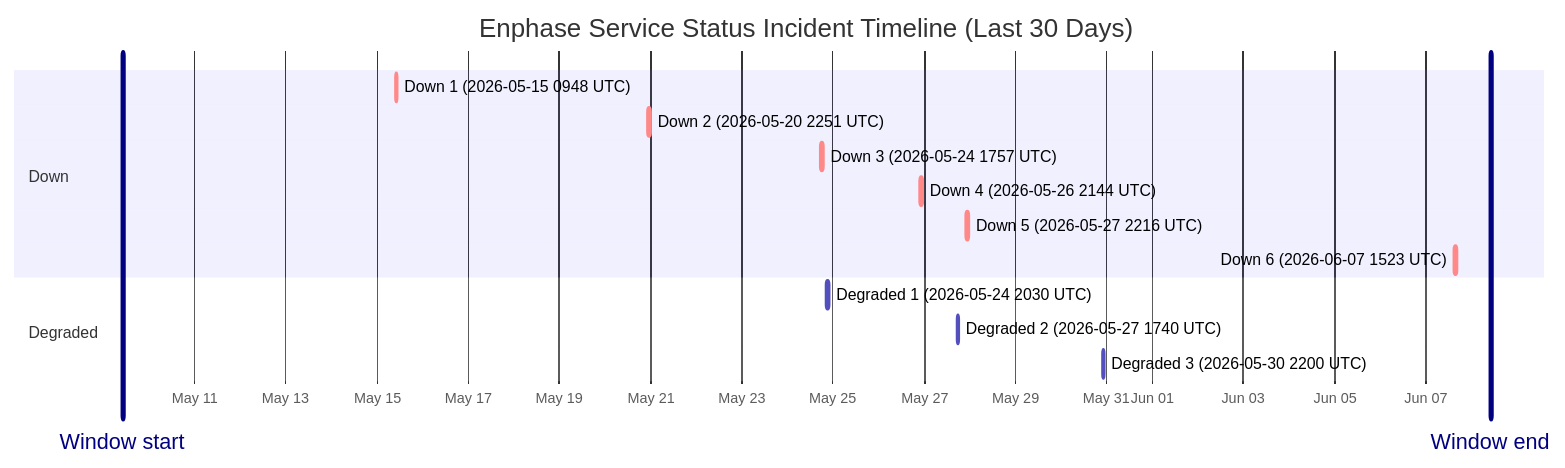
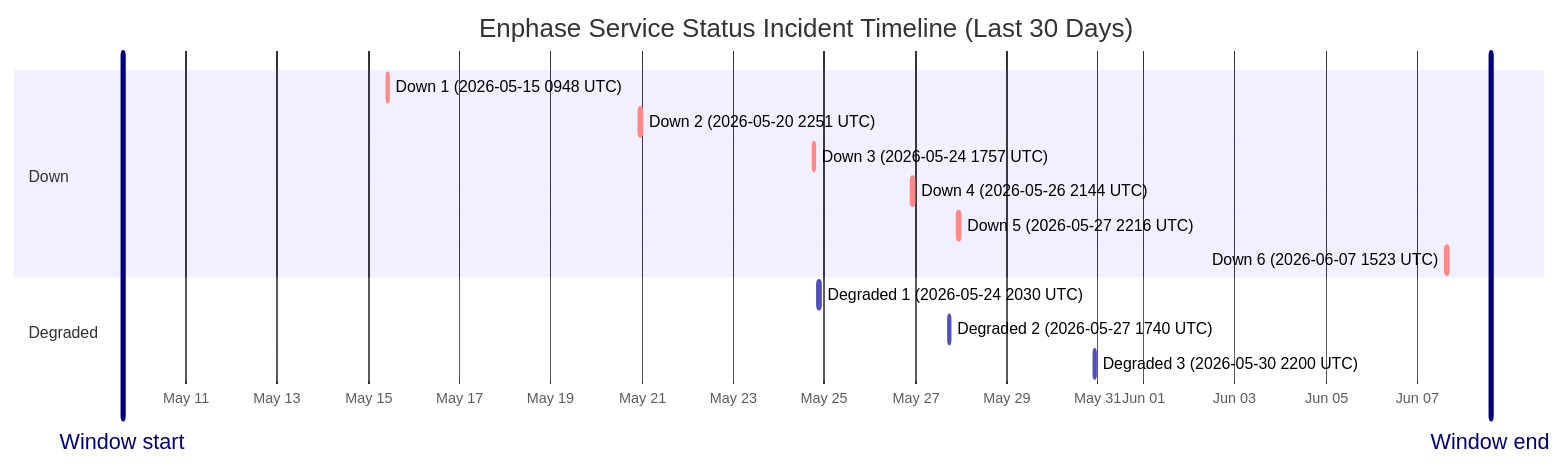
The diagram in wiki/Service-Status-History.md (barneyonline/ha-enphase-energy), drawn with Mermaid before and after one commit. The commit also changed other lines of this file and 3 other files, not shown here.

````diff
--- a/wiki/Service-Status-History.md
+++ b/wiki/Service-Status-History.md
@@ -14,19 +14,19 @@
 ```mermaid
 gantt
     title Enphase Service Status Incident Timeline (Last 30 Days)
     dateFormat  YYYY-MM-DDTHH:mm:ss
     axisFormat  %b %d
-    Window start :vert, window-start, 2026-05-09T10:02:03, 0ms
-    Window end :vert, window-end, 2026-06-08T10:02:03, 0ms
+    Window start :vert, window-start, 2026-05-09T14:33:03, 0ms
+    Window end :vert, window-end, 2026-06-08T14:33:03, 0ms
     section Down
     Down 1 (2026-05-15 0948 UTC) :crit, down-1, 2026-05-15T09:48:18, 60m
     Down 2 (2026-05-20 2251 UTC) :crit, down-2, 2026-05-20T22:51:14, 75m
     Down 3 (2026-05-24 1757 UTC) :crit, down-3, 2026-05-24T17:57:41, 86m
     Down 4 (2026-05-26 2144 UTC) :crit, down-4, 2026-05-26T21:44:11, 85m
     Down 5 (2026-05-27 2216 UTC) :crit, down-5, 2026-05-27T22:16:53, 87m
     Down 6 (2026-06-07 1523 UTC) :crit, down-6, 2026-06-07T15:23:22, 87m
     section Degraded
     Degraded 1 (2026-05-24 2030 UTC) :active, degraded-1, 2026-05-24T20:30:57, 84m
     Degraded 2 (2026-05-27 1740 UTC) :active, degraded-2, 2026-05-27T17:40:52, 60m
     Degraded 3 (2026-05-30 2200 UTC) :active, degraded-3, 2026-05-30T22:00:37, 60m
 ```
````
